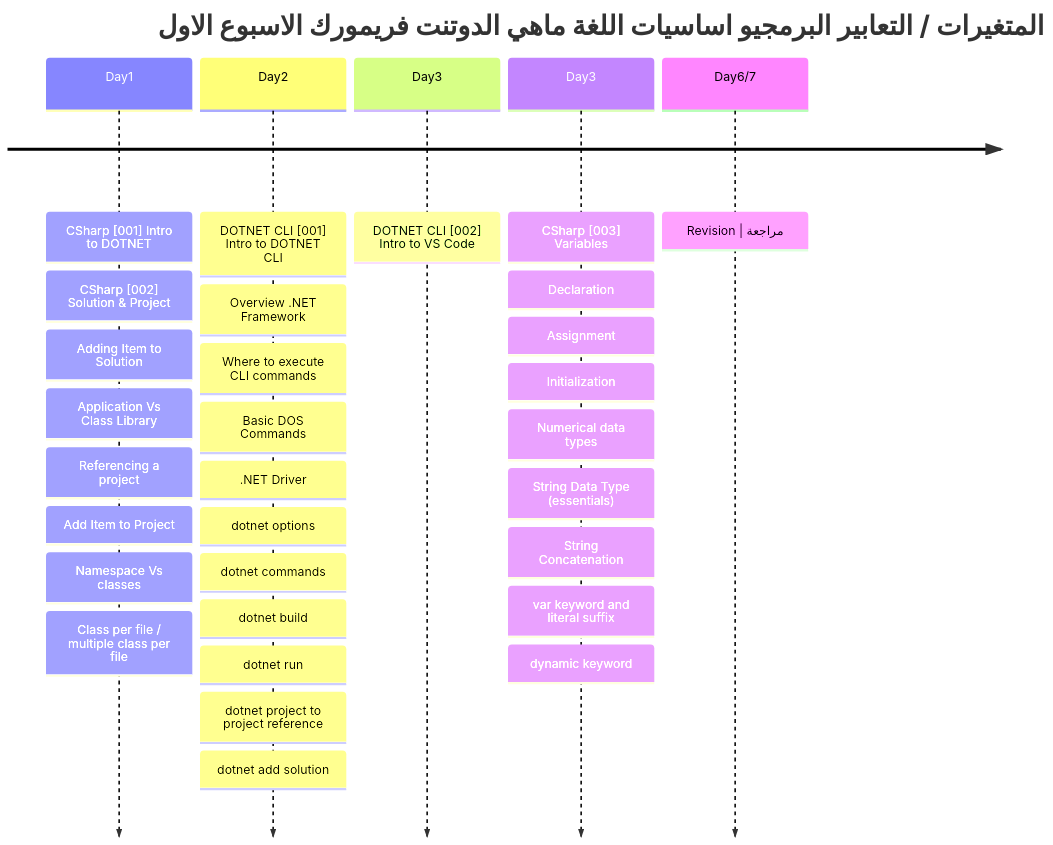
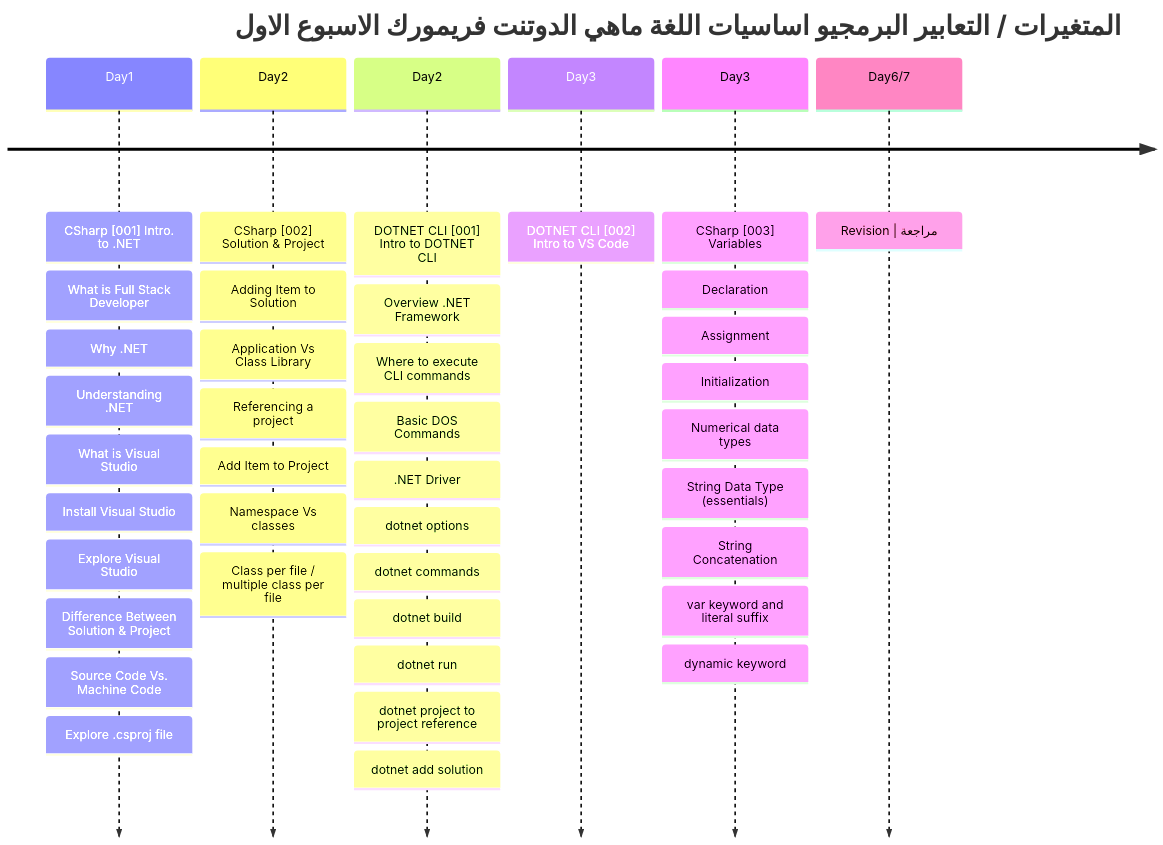
Before and after one commit to metigator/Roadmap: the first of 3 diagrams in README.md, drawn with Mermaid. The commit also changed other lines of this file, not shown here.

````diff
--- a/README.md
+++ b/README.md
@@ -4,34 +5,43 @@
 ```mermaid
 timeline
     title  المتغيرات / التعابير البرمجيو اساسيات اللغة ماهي الدوتنت فريمورك  الاسبوع الاول
-    Day1 : CSharp [001] Intro to DOTNET
-         : CSharp [002] Solution & Project
+    Day1 : CSharp [001] Intro. to .NET
+         : What is Full Stack Developer
+         : Why .NET
+         : Understanding .NET
+         : What is Visual Studio
+         : Install Visual Studio
+         : Explore Visual Studio
+         : Difference Between Solution & Project
+         : Source Code Vs. Machine Code
+         : Explore .csproj file
+    Day2 : CSharp [002] Solution & Project
          : Adding Item to Solution
          : Application Vs Class Library
          : Referencing a project
          : Add Item to Project
          : Namespace Vs classes
          : Class per file / multiple class per file 
     Day2 : DOTNET CLI [001] Intro to DOTNET CLI
          : Overview .NET Framework
          : Where to execute CLI commands
          : Basic DOS Commands
          : .NET Driver
          : dotnet options
          : dotnet commands
          : dotnet build
          : dotnet run
          : dotnet project to project reference
          : dotnet add solution
     Day3 : DOTNET CLI [002] Intro to VS Code
     Day3 : CSharp [003] Variables 
          : Declaration
          : Assignment
          : Initialization
          : Numerical data types
          : String Data Type (essentials)
          : String Concatenation
          : var keyword and literal suffix
          : dynamic keyword
   Day6/7 : Revision | مراجعة 
 ```
````
